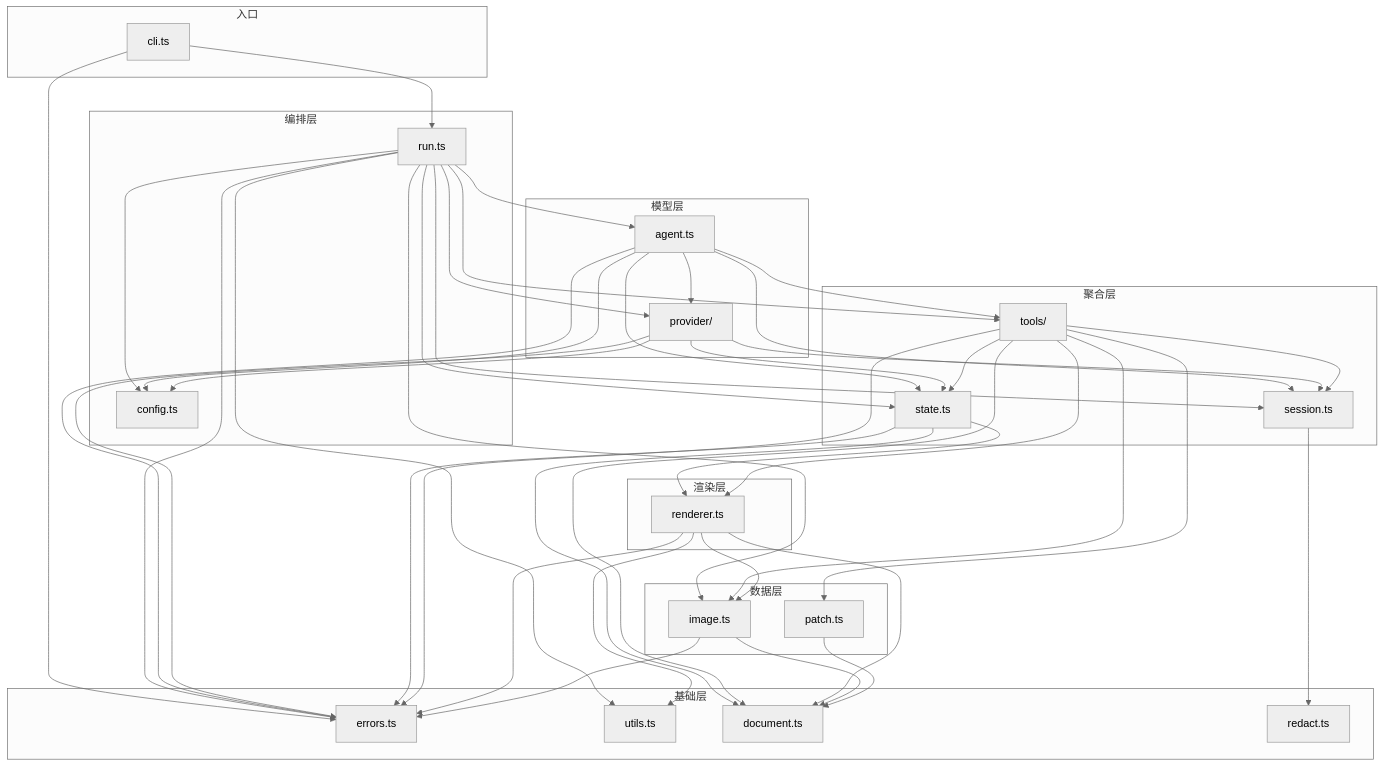
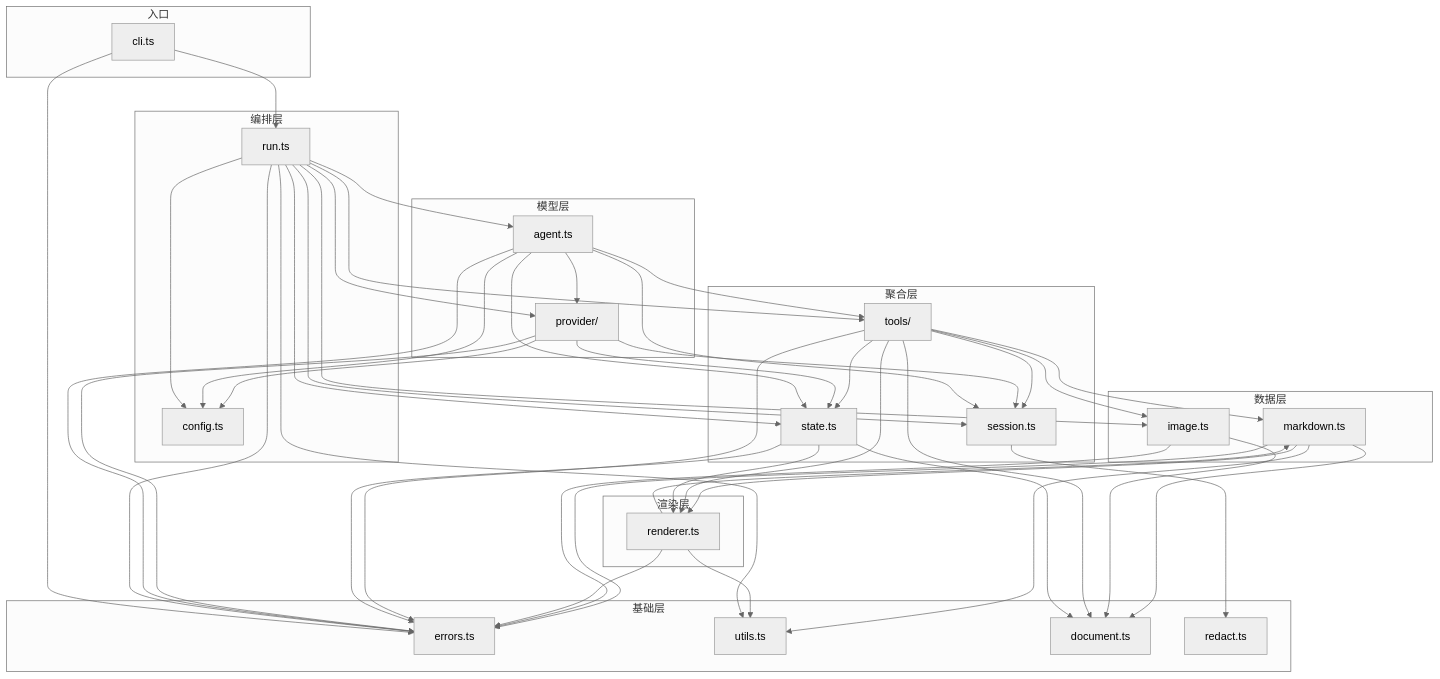
Before and after one commit to yjydist/handnote: the first of 3 diagrams in design/architecture.md, drawn with Mermaid (neutral theme). The commit also changed other lines of this file and 10 other files, not shown here.

````diff
--- a/design/architecture.md
+++ b/design/architecture.md
@@ -5,72 +5,74 @@
 ```mermaid
 flowchart TB
     subgraph base["基础层"]
         errors["errors.ts"]
         utils["utils.ts"]
         document["document.ts"]
         redact["redact.ts"]
     end
     subgraph data["数据层"]
-        patch["patch.ts"]
+        markdown["markdown.ts"]
         image["image.ts"]
     end
     subgraph render["渲染层"]
         renderer["renderer.ts"]
     end
     subgraph aggregate["聚合层"]
         state["state.ts"]
         session["session.ts"]
         tools["tools/"]
     end
     subgraph model["模型层"]
         provider["provider/"]
         agent["agent.ts"]
     end
     subgraph orchestrate["编排层"]
         config["config.ts"]
         run["run.ts"]
     end
     subgraph entry["入口"]
         cli["cli.ts"]
     end
 
-    patch --> document
+    markdown --> document
+    markdown --> renderer
+    markdown --> utils
+    markdown --> errors
     image --> document
     image --> errors
-    renderer --> document
-    renderer --> image
+    renderer --> markdown
     renderer --> utils
     renderer --> errors
     session --> redact
-    tools --> patch
+    tools --> markdown
     tools --> image
     tools --> renderer
     tools --> document
     tools --> state
     tools --> session
     tools --> errors
     state --> document
     state --> renderer
     state --> errors
     provider --> config
     provider --> session
     provider --> state
     provider --> errors
     agent --> provider
     agent --> config
     agent --> session
     agent --> state
     agent --> tools
     agent --> errors
     run --> agent
     run --> config
     run --> image
     run --> provider
     run --> session
     run --> state
     run --> tools
     run --> errors
     run --> utils
     cli --> run
     cli --> errors
 ```
````
